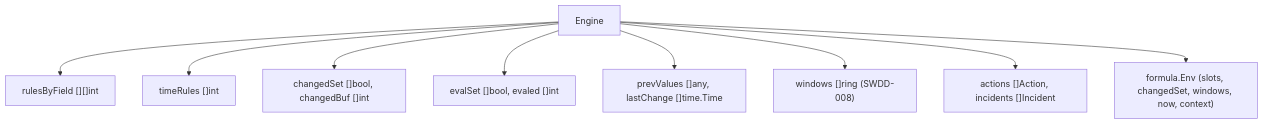
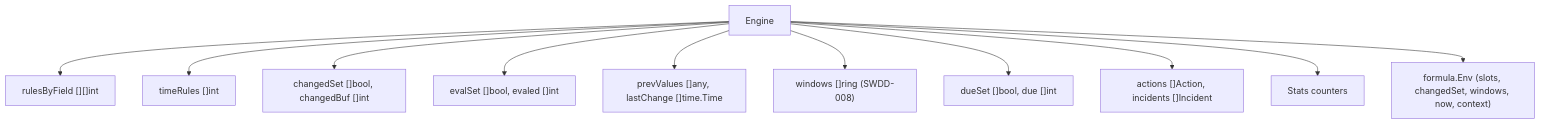
The first of 2 diagrams in rules-engine/specs/detailed_design/SWDD-003-engine-core.md (o16s/rules-editor), drawn with Mermaid before and after one commit. The commit also changed other lines of this file and 31 other files, not shown here.

````diff
--- a/rules-engine/specs/detailed_design/SWDD-003-engine-core.md
+++ b/rules-engine/specs/detailed_design/SWDD-003-engine-core.md
@@ -24,11 +24,13 @@
 ```mermaid
 graph TD
     E[Engine] --> RBF["rulesByField [][]int"]
     E --> TR["timeRules []int"]
     E --> CS["changedSet []bool, changedBuf []int"]
     E --> ES["evalSet []bool, evaled []int"]
     E --> PV["prevValues []any, lastChange []time.Time"]
     E --> W["windows []ring (SWDD-008)"]
+    E --> DUE["dueSet []bool, due []int"]
     E --> OUT["actions []Action, incidents []Incident"]
+    E --> ST["Stats counters"]
     E --> ENV["formula.Env (slots, changedSet, windows, now, context)"]
 ```
````
